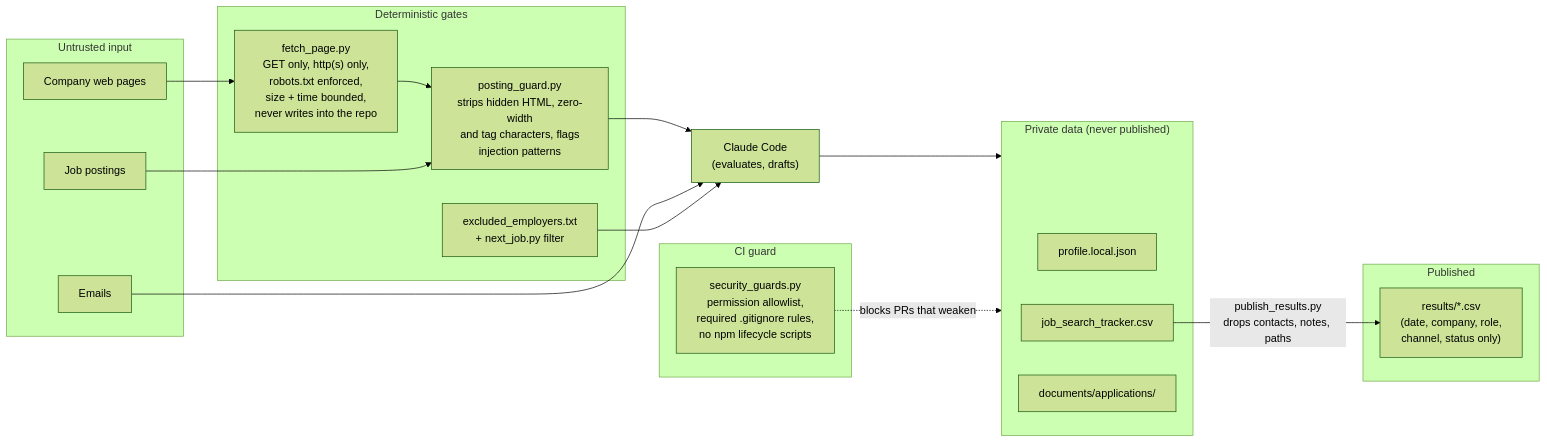
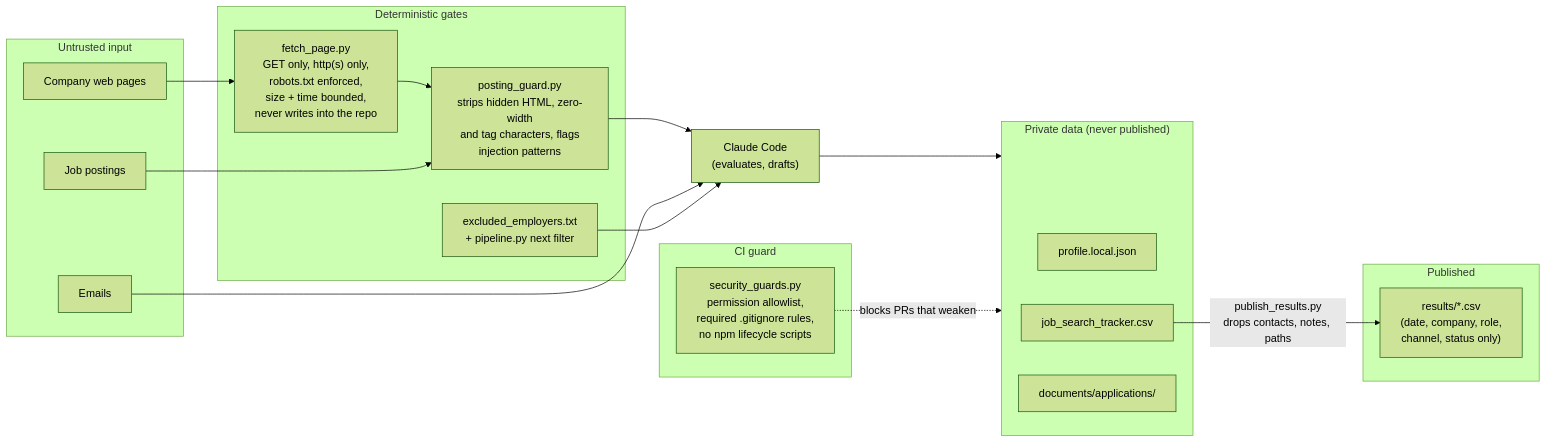
Before and after one commit to rshz3028/ai-job-search: the seventh of 8 diagrams in docs/ARCHITECTURE.md, drawn with Mermaid (forest theme). The commit also changed other lines of this file and 128 other files, not shown here.

````diff
--- a/docs/ARCHITECTURE.md
+++ b/docs/ARCHITECTURE.md
@@ -310,38 +310,38 @@
 ```mermaid
 flowchart LR
     subgraph untrusted["Untrusted input"]
         p["Job postings"]
         e["Emails"]
         w["Company web pages"]
     end
 
     subgraph gates["Deterministic gates"]
         pg["posting_guard.py<br/>strips hidden HTML, zero-width<br/>and tag characters, flags<br/>injection patterns"]
         fp["fetch_page.py<br/>GET only, http(s) only,<br/>robots.txt enforced,<br/>size + time bounded,<br/>never writes into the repo"]
-        ex["excluded_employers.txt<br/>+ next_job.py filter"]
+        ex["excluded_employers.txt<br/>+ pipeline.py next filter"]
     end
 
     model["Claude Code<br/>(evaluates, drafts)"]
 
     subgraph private["Private data (never published)"]
         pl["profile.local.json"]
         tr["job_search_tracker.csv"]
         ap["documents/applications/"]
     end
 
     subgraph public["Published"]
         res["results/*.csv<br/>(date, company, role,<br/>channel, status only)"]
     end
 
     subgraph ci["CI guard"]
         sg["security_guards.py<br/>permission allowlist,<br/>required .gitignore rules,<br/>no npm lifecycle scripts"]
     end
 
     w --> fp --> pg
     p --> pg --> model
     e --> model
     ex --> model
     model --> private
     tr -->|"publish_results.py<br/>drops contacts, notes, paths"| res
     sg -. "blocks PRs that weaken" .-> private
 ```
````
